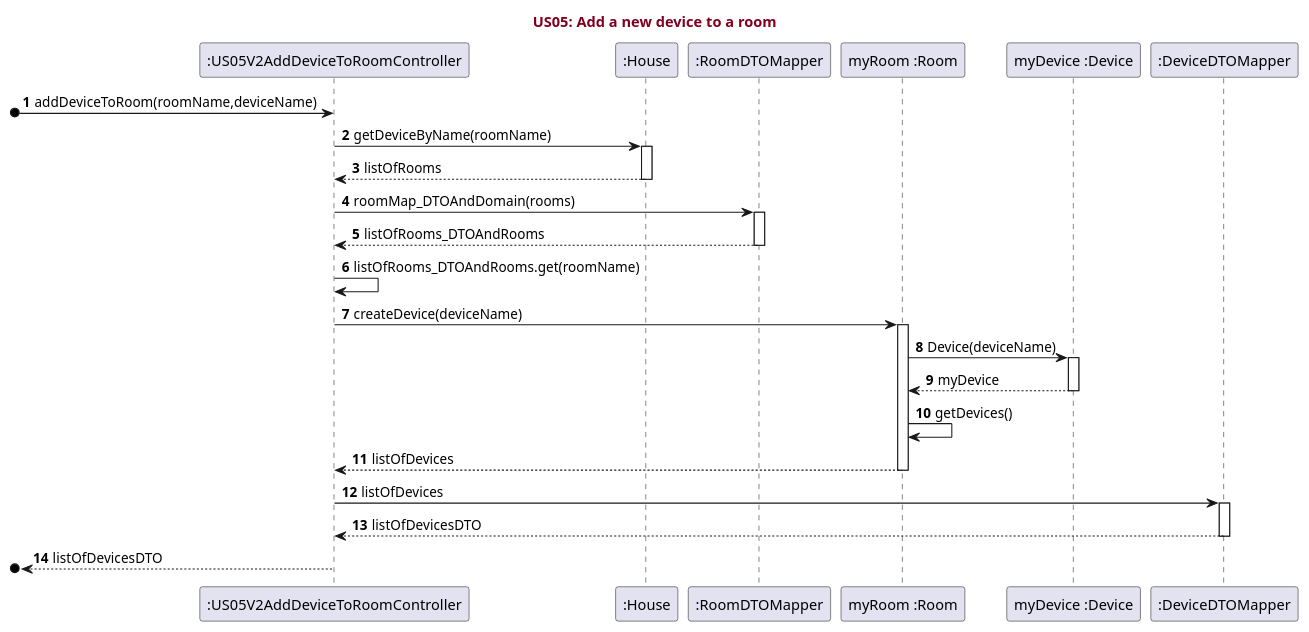
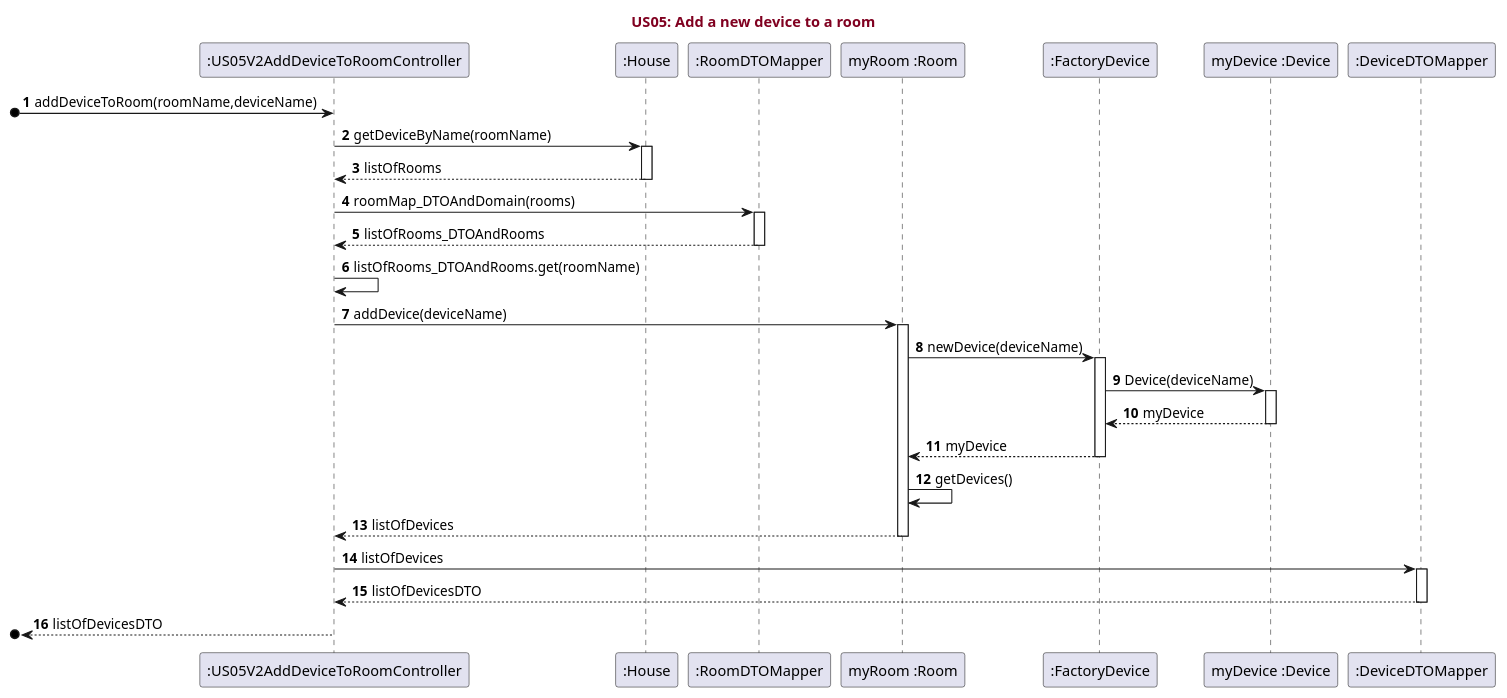
Before and after one commit to RicardoAraujoPT/SmartHome2: the diagram in src/main/java/pt/ipp/isep/dei/examples/basic/domain/SmartHome/UML/US05.puml, drawn with PlantUML. The commit also changed 3 other files, not shown here.

Commit message:
added updated tests to include factories in the classes US05V2AddDeviceToRoomControllerTest and US03GetListOfRoomsControllerTest. updated sequence diagram of US05. changed method createDevice to addDevice in method addDeviceToRoom in class US05V2AddDeviceToRoomController

```diff
--- a/src/main/java/pt/ipp/isep/dei/examples/basic/domain/SmartHome/UML/US05.puml
+++ b/src/main/java/pt/ipp/isep/dei/examples/basic/domain/SmartHome/UML/US05.puml
@@ -1,46 +1,52 @@
 @startuml
 'https://plantuml.com/sequence-diagram
 
 title <font color=#800020>US05: Add a new device to a room</font>
 
 
 autonumber
 
 participant ":US05V2AddDeviceToRoomController"
 participant ":House"
 participant ":RoomDTOMapper"
 participant "myRoom :Room"
+participant ":FactoryDevice"
 participant "myDevice :Device"
 participant ":DeviceDTOMapper"
 
 
 [o-> ":US05V2AddDeviceToRoomController" : addDeviceToRoom(roomName,deviceName)
 ":US05V2AddDeviceToRoomController" -> ":House" : getDeviceByName(roomName)
 activate ":House"
 ":US05V2AddDeviceToRoomController" <-- ":House" : listOfRooms
 deactivate ":House"
 ":US05V2AddDeviceToRoomController" -> ":RoomDTOMapper" : roomMap_DTOAndDomain(rooms)
 activate ":RoomDTOMapper"
 ":US05V2AddDeviceToRoomController" <-- ":RoomDTOMapper" : listOfRooms_DTOAndRooms
 deactivate ":RoomDTOMapper"
 ":US05V2AddDeviceToRoomController" -> ":US05V2AddDeviceToRoomController" : listOfRooms_DTOAndRooms.get(roomName)
-":US05V2AddDeviceToRoomController" -> "myRoom :Room" : createDevice(deviceName)
+":US05V2AddDeviceToRoomController" -> "myRoom :Room" : addDevice(deviceName)
 activate "myRoom :Room"
-"myRoom :Room" -> "myDevice :Device" : Device(deviceName)
+"myRoom :Room" -> ":FactoryDevice" : newDevice(deviceName)
+activate ":FactoryDevice"
+":FactoryDevice" -> "myDevice :Device" : Device(deviceName)
 activate "myDevice :Device"
-"myDevice :Device" --> "myRoom :Room" : myDevice
+"myDevice :Device" --> ":FactoryDevice" : myDevice
 deactivate "myDevice :Device"
+":FactoryDevice" --> "myRoom :Room" : myDevice
+deactivate ":FactoryDevice"
 "myRoom :Room" -> "myRoom :Room" : getDevices()
 ":US05V2AddDeviceToRoomController" <-- "myRoom :Room" : listOfDevices
 deactivate "myRoom :Room"
+
 ":US05V2AddDeviceToRoomController" -> ":DeviceDTOMapper" : listOfDevices
 activate ":DeviceDTOMapper"
 ":US05V2AddDeviceToRoomController" <-- ":DeviceDTOMapper" : listOfDevicesDTO
 deactivate ":DeviceDTOMapper"
 [o<-- ":US05V2AddDeviceToRoomController" : listOfDevicesDTO
 deactivate ":US05V2AddDeviceToRoomController"
 
 
 
 
 @enduml
```
